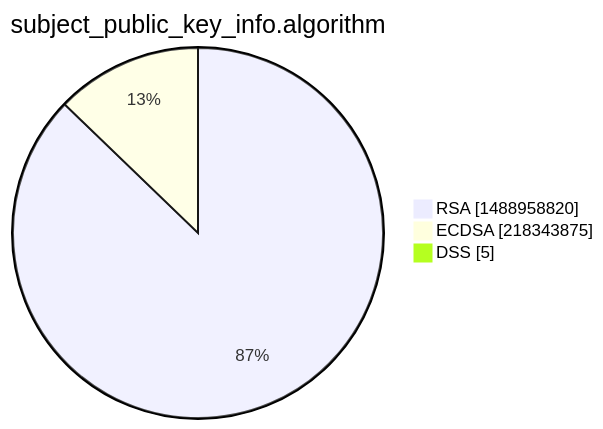
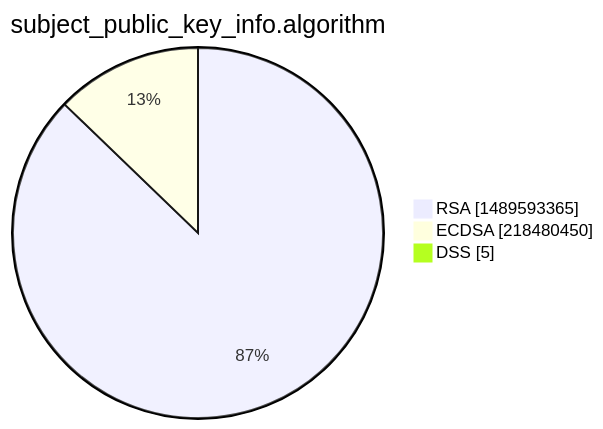
One commit to christiankrug/ctmonitor_visualization changed the third of 15 diagrams in xenon2022/README.md. Above: the diagram before and after it, drawn with Mermaid. The commit also changed other lines of this file, not shown here.

````diff
--- a/xenon2022/README.md
+++ b/xenon2022/README.md
@@ -14,7 +14,7 @@
 ```mermaid
 pie showData
 title subject_public_key_info.algorithm
-"RSA" :1488958820
-"ECDSA" :218343875
+"RSA" :1489593365
+"ECDSA" :218480450
 "DSS" :5
 ```
````
